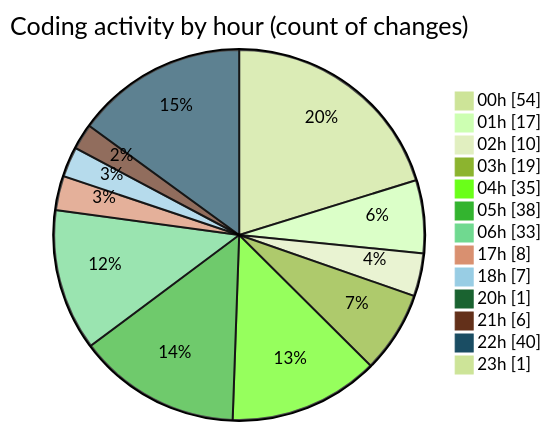
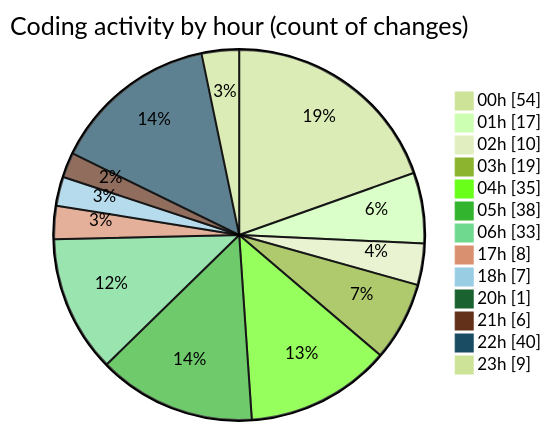
Before and after one commit to lephambinh05/code-tracking: the second of 2 diagrams in 2025-07-26/quanlyrapchieuphim-1/README.md, drawn with Mermaid (forest theme). The commit also changed other lines of this file and 1 other file, not shown here.

````diff
--- a/2025-07-26/quanlyrapchieuphim-1/README.md
+++ b/2025-07-26/quanlyrapchieuphim-1/README.md
@@ -53,17 +53,17 @@
 ```mermaid
 pie showData
 title Coding activity by hour (count of changes)
 "00h" : 54
 "01h" : 17
 "02h" : 10
 "03h" : 19
 "04h" : 35
 "05h" : 38
 "06h" : 33
 "17h" : 8
 "18h" : 7
 "20h" : 1
 "21h" : 6
 "22h" : 40
-"23h" : 1
+"23h" : 9
 ```
````
